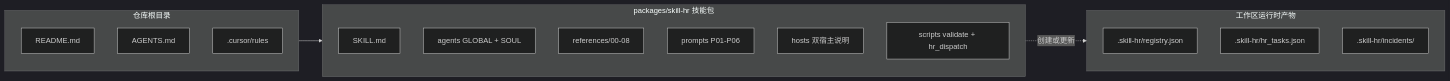
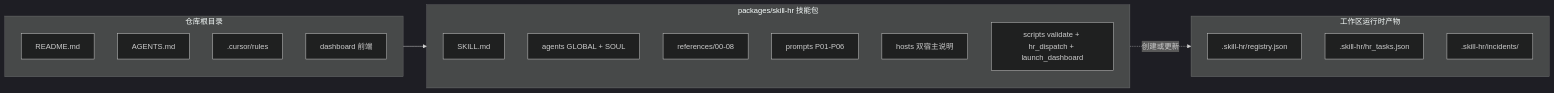
One commit to thinkitpossible/skill-hr changed the third of 3 diagrams in README.md. Above: the diagram before and after it, drawn with Mermaid (dark theme). The commit also changed other lines of this file and 12 other files, not shown here.

````diff
--- a/README.md
+++ b/README.md
@@ -282,23 +280,24 @@
 ```mermaid
 flowchart LR
   subgraph repo [仓库根目录]
     R[README.md]
     A[AGENTS.md]
     CR[.cursor/rules]
+    D[dashboard 前端]
   end
   subgraph pkg [packages/skill-hr 技能包]
     S[SKILL.md]
     AG[agents GLOBAL + SOUL]
     REF[references/00-08]
     PR[prompts P01-P06]
     HO[hosts 双宿主说明]
-    SC[scripts validate + hr_dispatch]
+    SC[scripts validate + hr_dispatch + launch_dashboard]
   end
   subgraph runtime [工作区运行时产物]
     REG[.skill-hr/registry.json]
     TASKS[.skill-hr/hr_tasks.json]
     INC[.skill-hr/incidents/]
   end
   repo --> pkg
   pkg -.->|创建或更新| runtime
 ```
````
